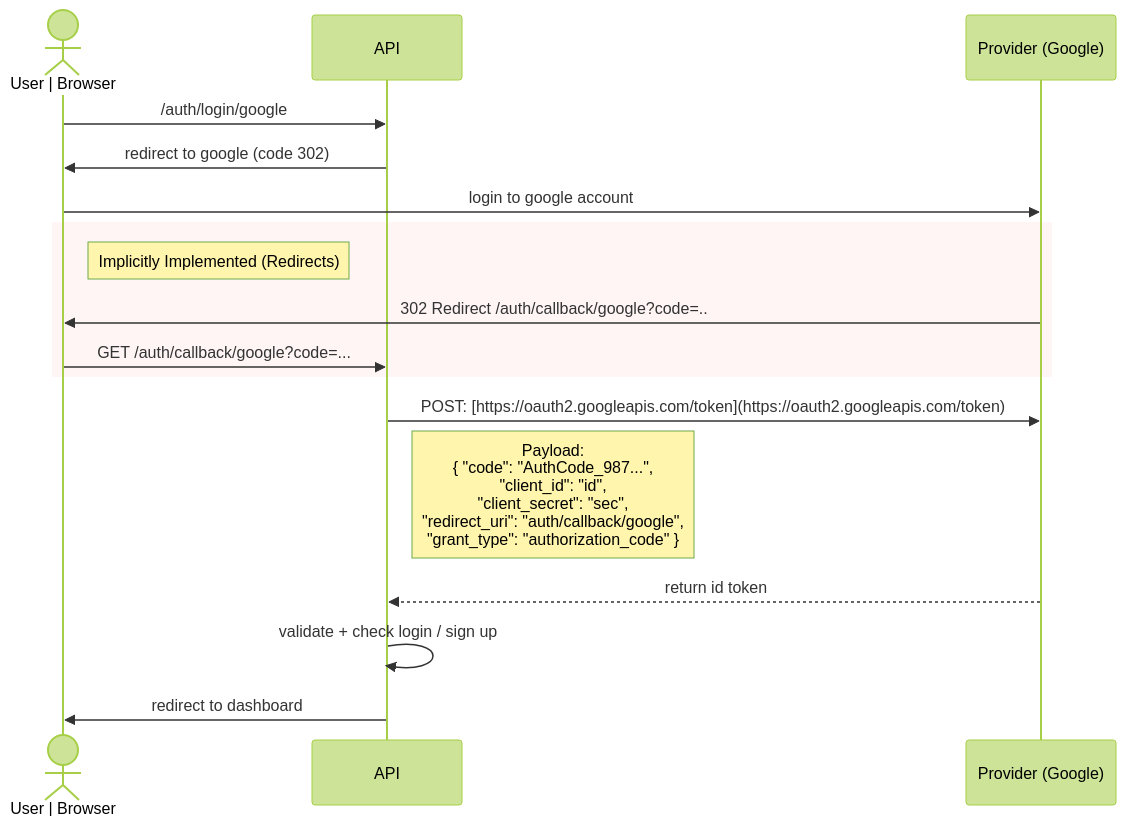
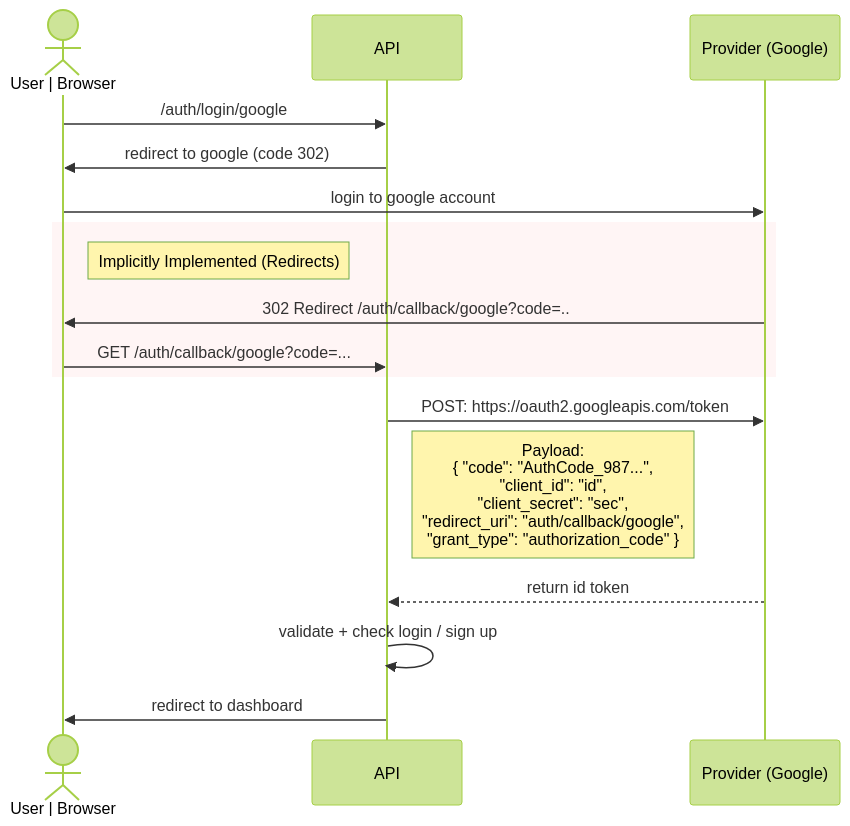
Before and after one commit to TheTangentLine/Learn_OIDC: the first of 2 diagrams in README.md, drawn with Mermaid (forest theme). The commit also changed other lines of this file, not shown here.

Commit message:
Fix URL formatting and clarify payload in README
Corrected the URL formatting for the Google token endpoint and added a note about the payload structure.

````diff
--- a/README.md
+++ b/README.md
@@ -10,26 +11,26 @@
 ```mermaid
 sequenceDiagram
     actor User as User | Browser
     participant API
     participant Google as Provider (Google)
 
     User->>API: /auth/login/google
     API->>User: redirect to google (code 302)
     User->>Google: login to google account
     
     %% Implicitly implemented steps (highlighted in light red)
     rect rgb(255, 245, 245)
     Note right of User: Implicitly Implemented (Redirects)
     Google->>User: 302 Redirect /auth/callback/google?code=..
     User->>API: GET /auth/callback/google?code=...
     end
     
-    API->>Google: POST: [https://oauth2.googleapis.com/token](https://oauth2.googleapis.com/token)
+    API->>Google: POST: https://oauth2.googleapis.com/token
     
     Note right of API: Payload:<br/>{ "code": "AuthCode_987...",<br/>"client_id": "id",<br/>"client_secret": "sec",<br/>"redirect_uri": "auth/callback/google",<br/>"grant_type": "authorization_code" }
     
     Google-->>API: return id token
     
     API->>API: validate + check login / sign up
     API->>User: redirect to dashboard
 ```
````
